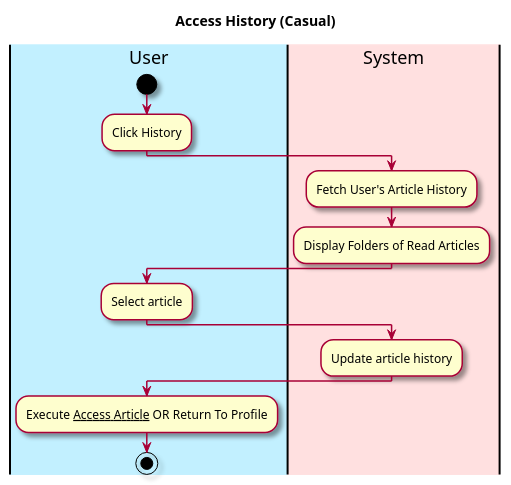
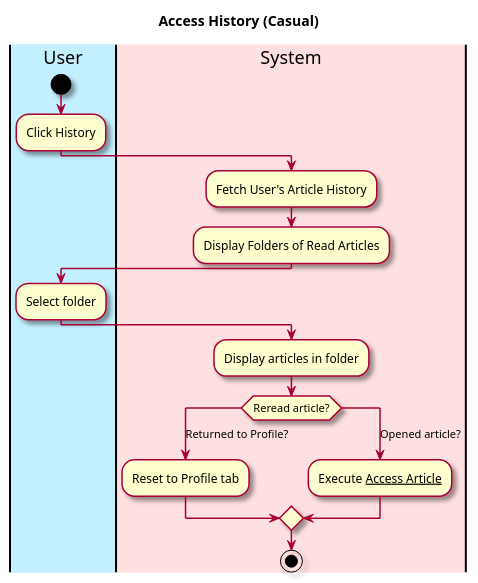
One commit to owhitleym-ui/EcoScoop changed the diagram in intellij/doc/Functional Specification/access-history.md. Above: the diagram before and after it, drawn with PlantUML. The commit also changed 9 other files, not shown here.

````diff
--- a/intellij/doc/Functional Specification/access-history.md
+++ b/intellij/doc/Functional Specification/access-history.md
@@ -20,30 +20,32 @@
 ```plantuml
 @startuml
 
 skin rose
 
 title Access History (Casual)
 'define the lanes
 |#application|User|
 |#implementation|System|
 
 |User|
 start
 :Click History;
 
 |System|
 :Fetch User's Article History;
 :Display Folders of Read Articles;
 
 |User|
-:Select article;
+:Select folder;
 
 |System|
-:Update article history;
-
-|User|
-:Execute __Access Article__ OR Return To Profile;
-
+:Display articles in folder;
+switch (Reread article?) 
+case (Returned to Profile?)
+    :Reset to Profile tab;
+case(Opened article?)
+    :Execute __Access Article__;
+endswitch
 stop
 @enduml
 ```
````
